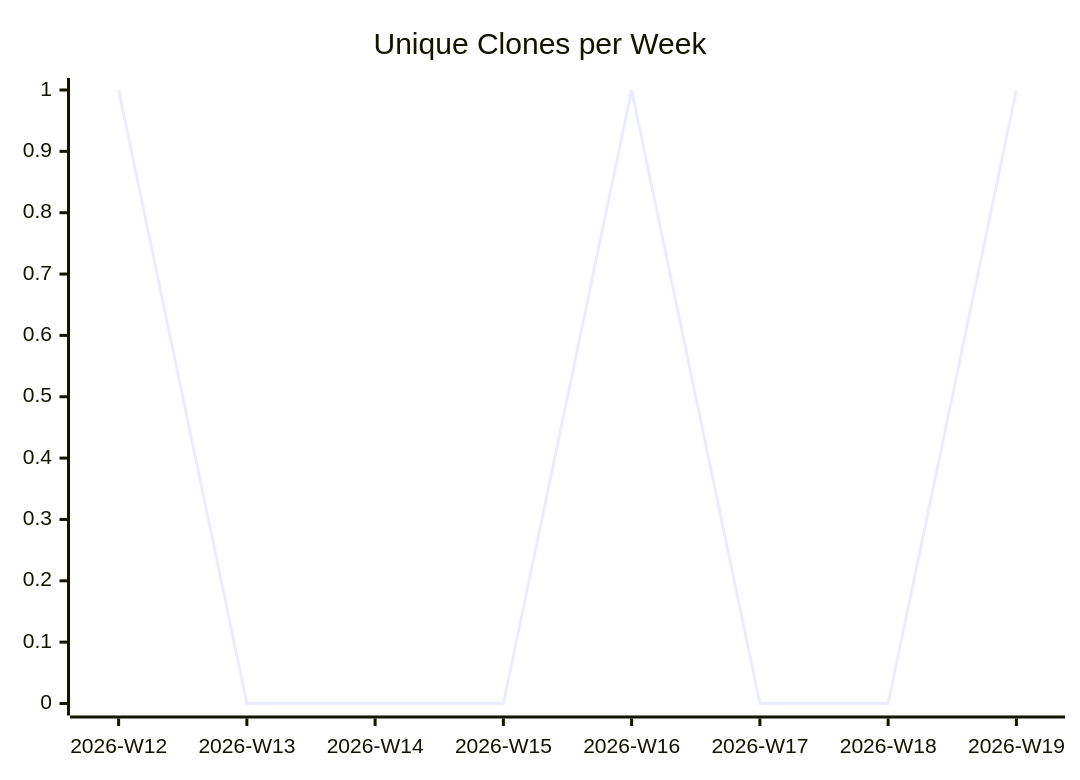
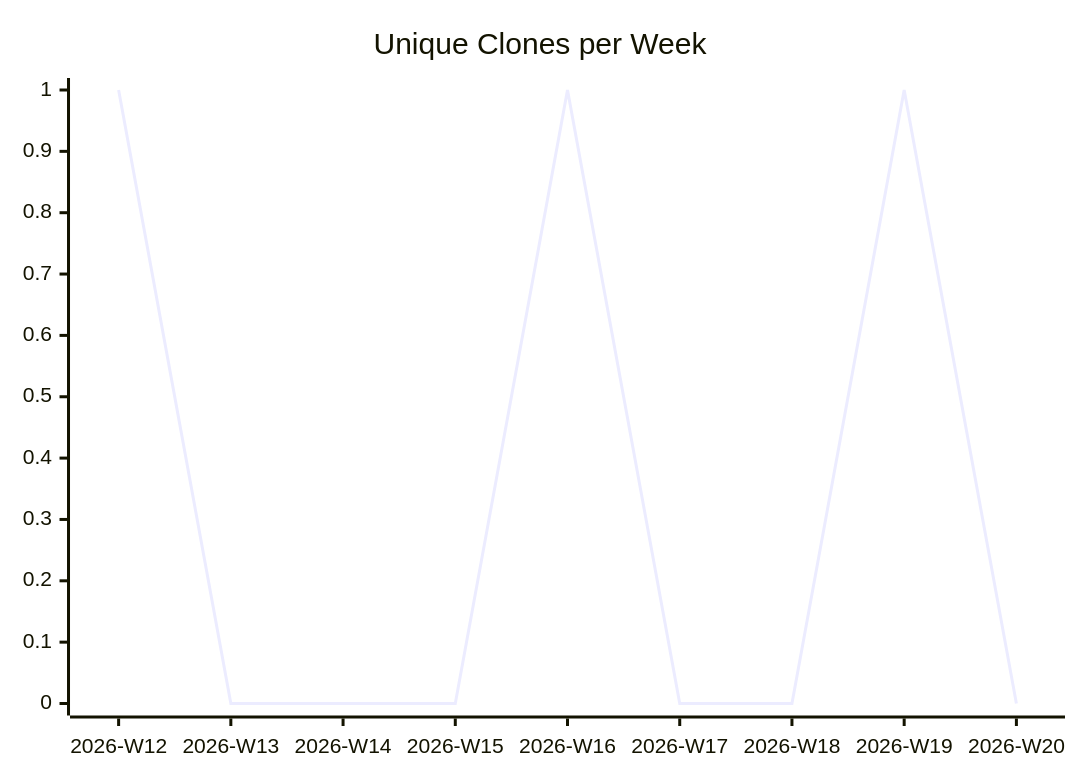
One commit to justdavis-family/github-analytics-data changed the third of 3 diagrams in karlmdavis/ansible/README.md. Above: the diagram before and after it, drawn with Mermaid. The commit also changed other lines of this file and 176 other files, not shown here.

````diff
--- a/karlmdavis/ansible/README.md
+++ b/karlmdavis/ansible/README.md
@@ -19,6 +19,6 @@
 ```mermaid
 xychart-beta
   title "Unique Clones per Week"
-  x-axis ["2026-W12", "2026-W13", "2026-W14", "2026-W15", "2026-W16", "2026-W17", "2026-W18", "2026-W19"]
-  line [1, 0, 0, 0, 1, 0, 0, 1]
+  x-axis ["2026-W12", "2026-W13", "2026-W14", "2026-W15", "2026-W16", "2026-W17", "2026-W18", "2026-W19", "2026-W20"]
+  line [1, 0, 0, 0, 1, 0, 0, 1, 0]
 ```
````
